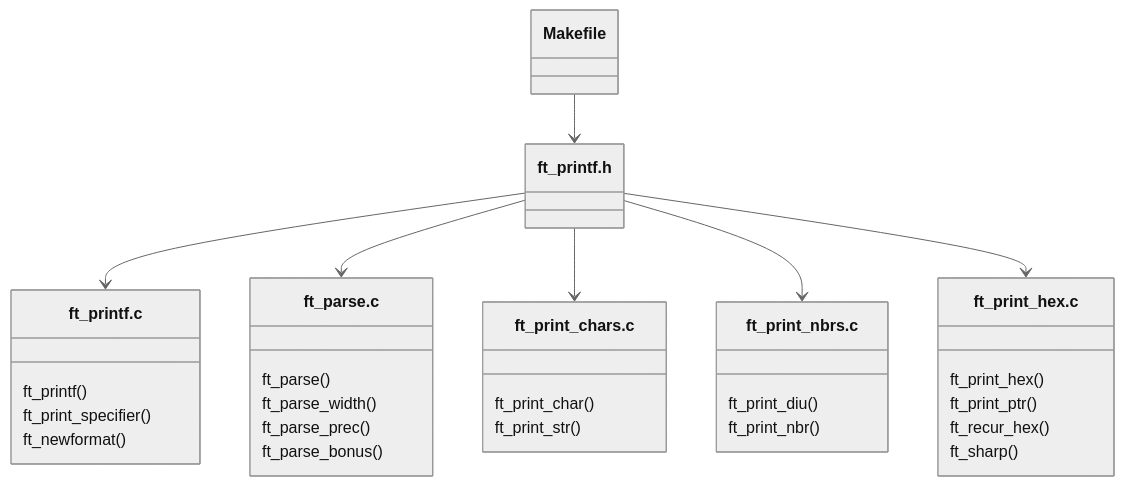
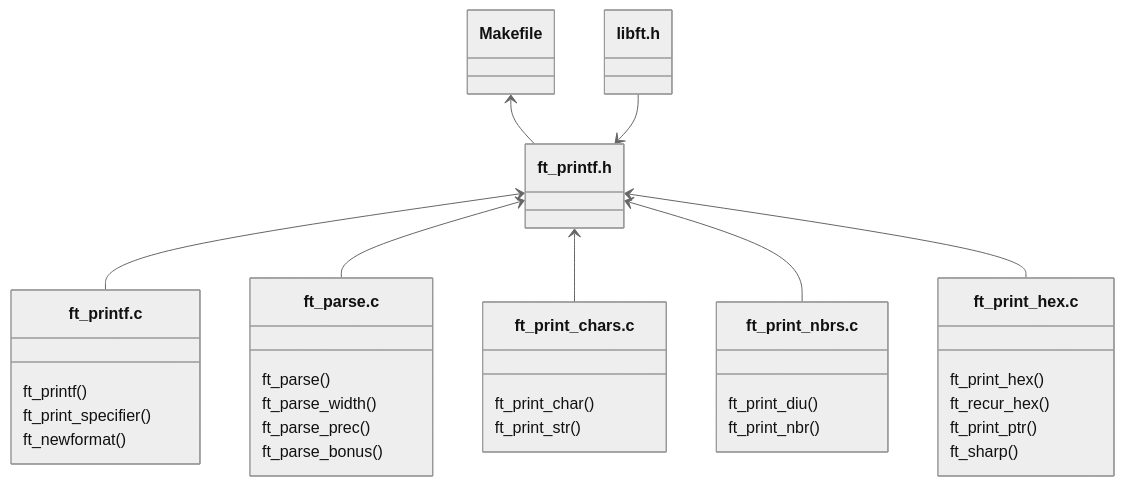
The first of 2 diagrams in README.md (PedroZappa/42_ft_printf), drawn with Mermaid (neutral theme) before and after one commit. The commit also changed other lines of this file, not shown here.

Commit message:
README.md : updated Structure graph and format specifier prototype

````diff
--- a/README.md
+++ b/README.md
@@ -130,34 +136,36 @@
 ```mermaid
 ---
 title ft_printf Structure
 ---
 classDiagram
     class Makefile
-    Makefile --> File0
+    Makefile <-- File0
     class File0["ft_printf.h"]
-    File0 --> File1
-    File0 --> File2
-    File0 --> File3
-    File0 --> File4
-    File0 --> File5
+    class libft["libft.h"]
+    File0 <-- File1
+    File0 <-- File2
+    File0 <-- File3
+    File0 <-- File4
+    File0 <-- File5
+    libft --> File0
     class File1["ft_printf.c"]
     File1 : ft_printf()
     File1 : ft_print_specifier()
     File1 : ft_newformat()
     class File2["ft_parse.c"]
     File2 : ft_parse()
     File2 : ft_parse_width()
     File2 : ft_parse_prec()
     File2 : ft_parse_bonus()
     class File3["ft_print_chars.c"]
     File3 : ft_print_char()
     File3 : ft_print_str()
     class File4["ft_print_nbrs.c"]
     File4 : ft_print_diu()
     File4 : ft_print_nbr()
     class File5["ft_print_hex.c"]
     File5 : ft_print_hex()
+    File5 : ft_recur_hex()
     File5 : ft_print_ptr()
-    File5 : ft_recur_hex()
     File5 : ft_sharp()
 ```
````
